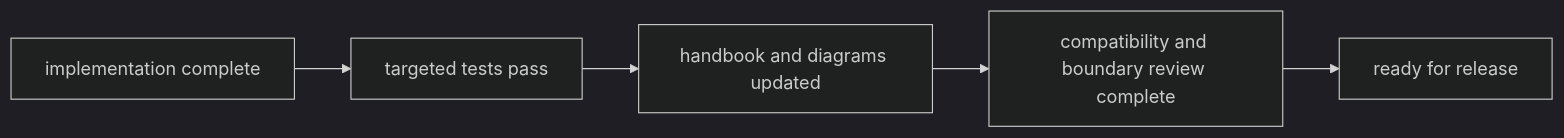
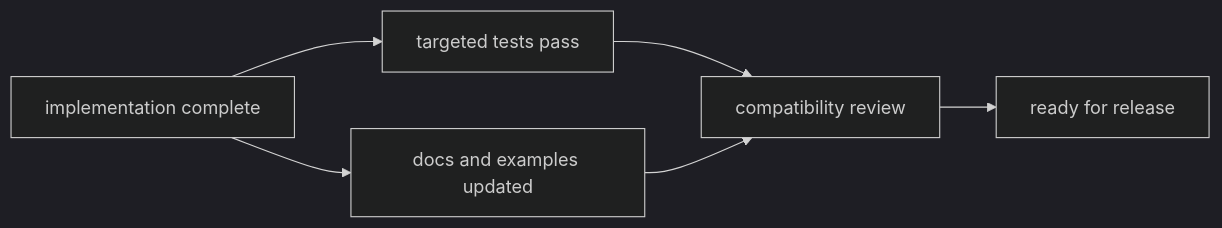
The diagram in docs/bijux-cli/quality/definition-of-done.md (bijux/bijux-cli), drawn with Mermaid (dark theme) before and after one commit. The commit also changed other lines of this file, not shown here.

````diff
--- a/docs/bijux-cli/quality/definition-of-done.md
+++ b/docs/bijux-cli/quality/definition-of-done.md
@@ -17,7 +19,8 @@
 ```mermaid
 flowchart LR
     implementation["implementation complete"] --> tests["targeted tests pass"]
-    tests --> docs["handbook and diagrams updated"]
-    docs --> review["compatibility and boundary review complete"]
+    implementation --> docs["docs and examples updated"]
+    tests --> review["compatibility review"]
+    docs --> review
     review --> done["ready for release"]
 ```
````
